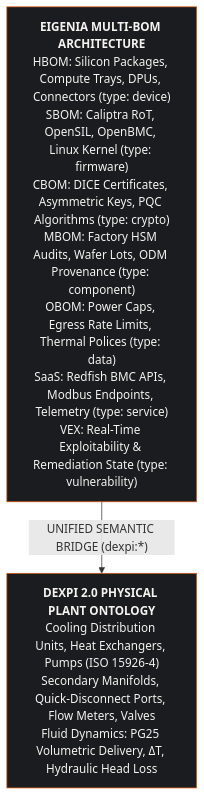
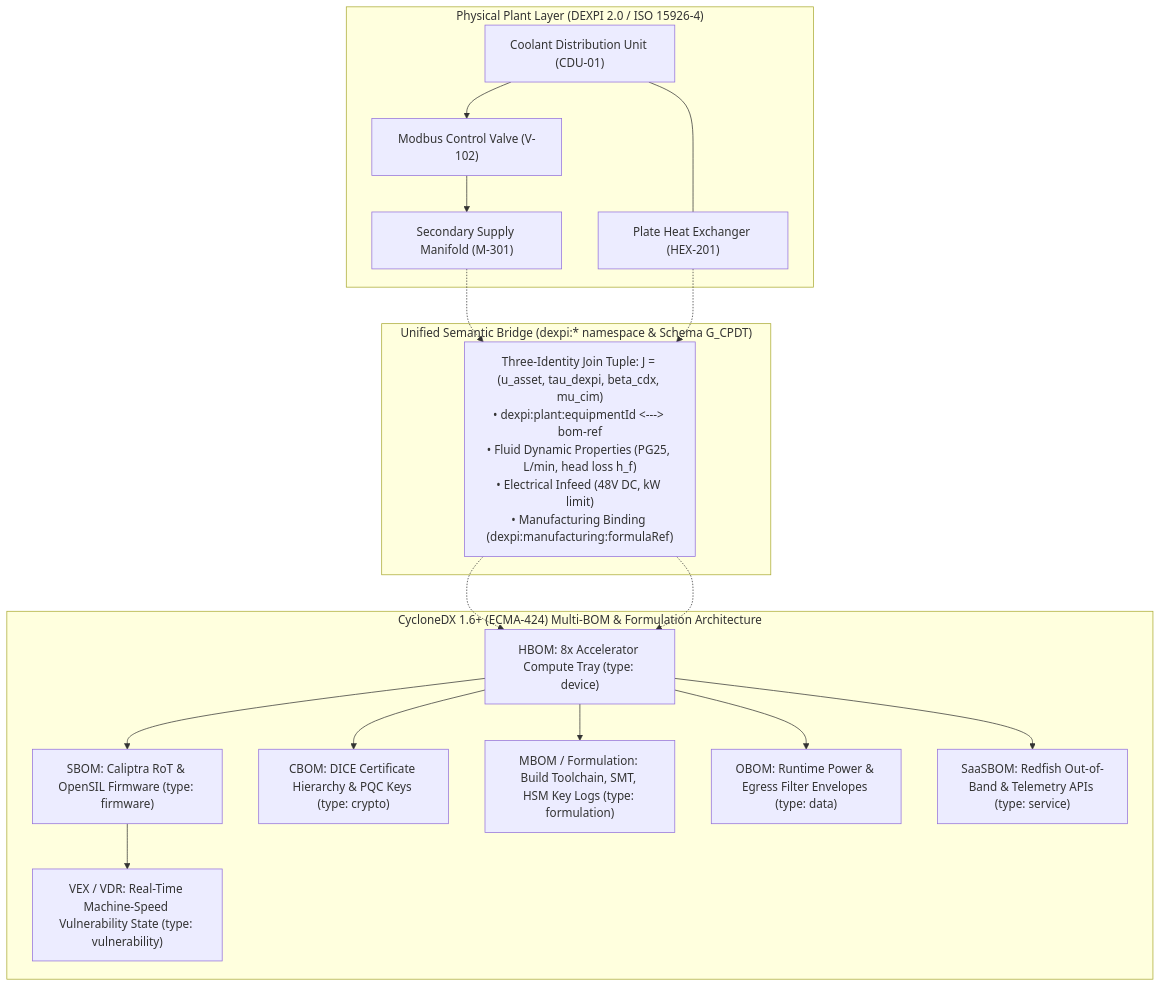
Before and after one commit to Planet9V/eigenia: the diagram in references/WG-05-CAD-DEXPI-2/WG-05-CAD-Unified-DEXPI-CycloneDX.md, drawn with Mermaid. The commit also changed other lines of this file and 12 other files, not shown here.

First line of the commit message:
feat(WG-05-CAD): publish Unified DEXPI 2.0 and CycloneDX 1.6+ specification with MBOM formulation

````diff
--- a/references/WG-05-CAD-DEXPI-2/WG-05-CAD-Unified-DEXPI-CycloneDX.md
+++ b/references/WG-05-CAD-DEXPI-2/WG-05-CAD-Unified-DEXPI-CycloneDX.md
@@ -86,18 +75,44 @@
 ```mermaid
-flowchart TD
-    accTitle: The Eigenia multi-BOM architecture bridged to the DEXPI plant ontology
+graph TD
+    accTitle: Unified DEXPI 2.0 and CycloneDX 1.6+ Semantic Bridge Architecture
     accDescr {
-      Seven CycloneDX bills of materials, each with its component type: HBOM
-      for devices, SBOM for firmware, CBOM for cryptography, MBOM for
-      manufacturing provenance, OBOM for operational data, SaaS for services,
-      and VEX for vulnerability state. A unified semantic bridge, the dexpi
-      namespace, joins them to the DEXPI 2.0 physical plant ontology, which
-      holds the cooling equipment, the secondary distribution hardware, and
-      the fluid dynamics of the plant.
+      The multigraph architecture coordinates the physical plant layer modeled in DEXPI 2.0
+      and ISO 15926-4 with the full-spectrum CycloneDX 1.6+ multi-BOM hierarchy. Physical
+      equipment such as CDUs, valves, and manifolds join to hardware compute trays, firmware
+      roots of trust, cryptographic keys, and manufacturing formulation recipes via the
+      standardized dexpi property namespace and RFC 9562 UUID bindings.
     }
-    BOM["<b>EIGENIA MULTI-BOM ARCHITECTURE</b><br/>HBOM: Silicon Packages, Compute Trays, DPUs, Connectors (type: device)<br/>SBOM: Caliptra RoT, OpenSIL, OpenBMC, Linux Kernel (type: firmware)<br/>CBOM: DICE Certificates, Asymmetric Keys, PQC Algorithms (type: crypto)<br/>MBOM: Factory HSM Audits, Wafer Lots, ODM Provenance (type: component)<br/>OBOM: Power Caps, Egress Rate Limits, Thermal Polices (type: data)<br/>SaaS: Redfish BMC APIs, Modbus Endpoints, Telemetry (type: service)<br/>VEX: Real-Time Exploitability &amp; Remediation State (type: vulnerability)"]
-    DEXPI["<b>DEXPI 2.0 PHYSICAL PLANT ONTOLOGY</b><br/>Cooling Distribution Units, Heat Exchangers, Pumps (ISO 15926-4)<br/>Secondary Manifolds, Quick-Disconnect Ports, Flow Meters, Valves<br/>Fluid Dynamics: PG25 Volumetric Delivery, ΔT, Hydraulic Head Loss"]
-    BOM -->|"UNIFIED SEMANTIC BRIDGE (dexpi:*)"| DEXPI
-    classDef n fill:#1a1c1f,stroke:#E05A10,stroke-width:1px,color:#f5f3f0;
-    class BOM,DEXPI n;
+
+    subgraph Physical_Plant ["Physical Plant Layer (DEXPI 2.0 / ISO 15926-4)"]
+        CDU["Coolant Distribution Unit (CDU-01)"]
+        VALVE["Modbus Control Valve (V-102)"]
+        MANIFOLD["Secondary Supply Manifold (M-301)"]
+        HEX["Plate Heat Exchanger (HEX-201)"]
+        CDU --> VALVE --> MANIFOLD
+        CDU --- HEX
+    end
+
+    subgraph Semantic_Bridge ["Unified Semantic Bridge (dexpi:* namespace & Schema G_CPDT)"]
+        BRIDGE["Three-Identity Join Tuple: J = (u_asset, tau_dexpi, beta_cdx, mu_cim)<br/>• dexpi:plant:equipmentId <---> bom-ref<br/>• Fluid Dynamic Properties (PG25, L/min, head loss h_f)<br/>• Electrical Infeed (48V DC, kW limit)<br/>• Manufacturing Binding (dexpi:manufacturing:formulaRef)"]
+    end
+
+    subgraph Multi_BOM ["CycloneDX 1.6+ (ECMA-424) Multi-BOM & Formulation Architecture"]
+        HBOM["HBOM: 8x Accelerator Compute Tray (type: device)"]
+        SBOM["SBOM: Caliptra RoT & OpenSIL Firmware (type: firmware)"]
+        CBOM["CBOM: DICE Certificate Hierarchy & PQC Keys (type: crypto)"]
+        MBOM["MBOM / Formulation: Build Toolchain, SMT, HSM Key Logs (type: formulation)"]
+        OBOM["OBOM: Runtime Power & Egress Filter Envelopes (type: data)"]
+        SaaSBOM["SaaSBOM: Redfish Out-of-Band & Telemetry APIs (type: service)"]
+        VEX["VEX / VDR: Real-Time Machine-Speed Vulnerability State (type: vulnerability)"]
+
+        HBOM --> SBOM
+        HBOM --> CBOM
+        HBOM --> MBOM
+        HBOM --> OBOM
+        HBOM --> SaaSBOM
+        SBOM --> VEX
+    end
+
+    MANIFOLD -.-> BRIDGE -.-> HBOM
+    HEX -.-> BRIDGE -.-> HBOM
 ```
````
